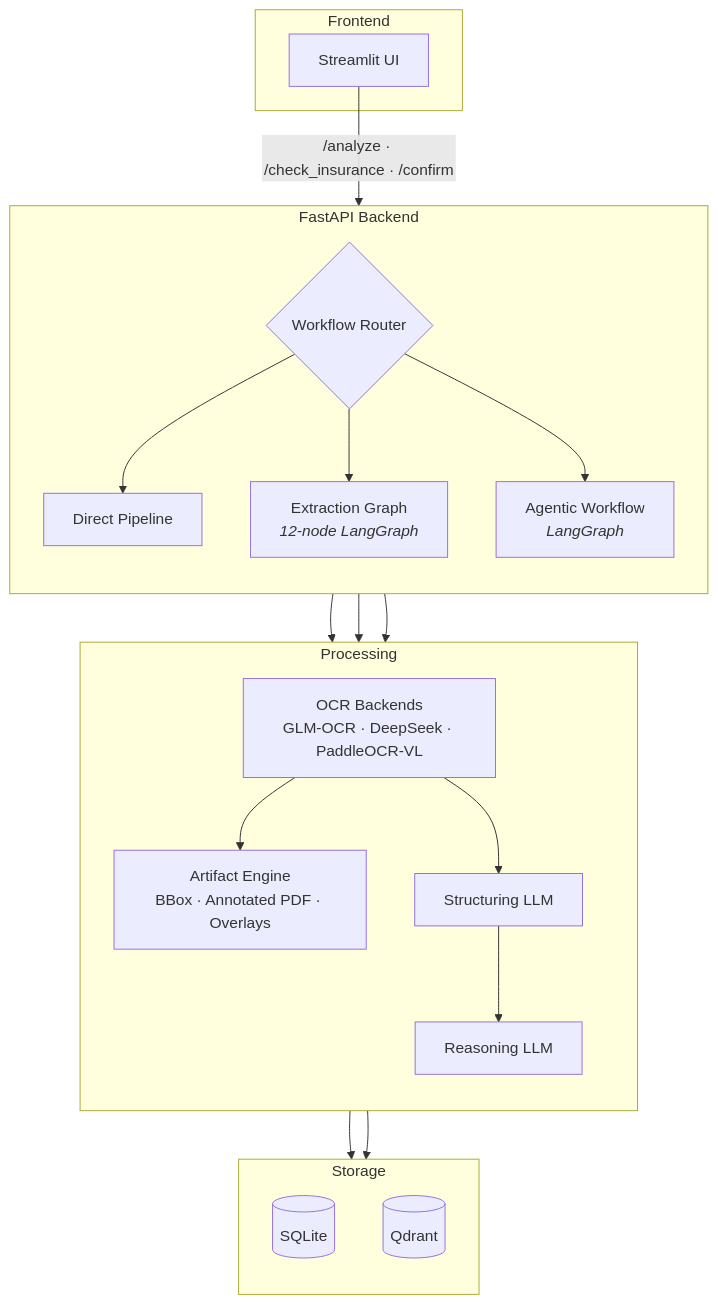
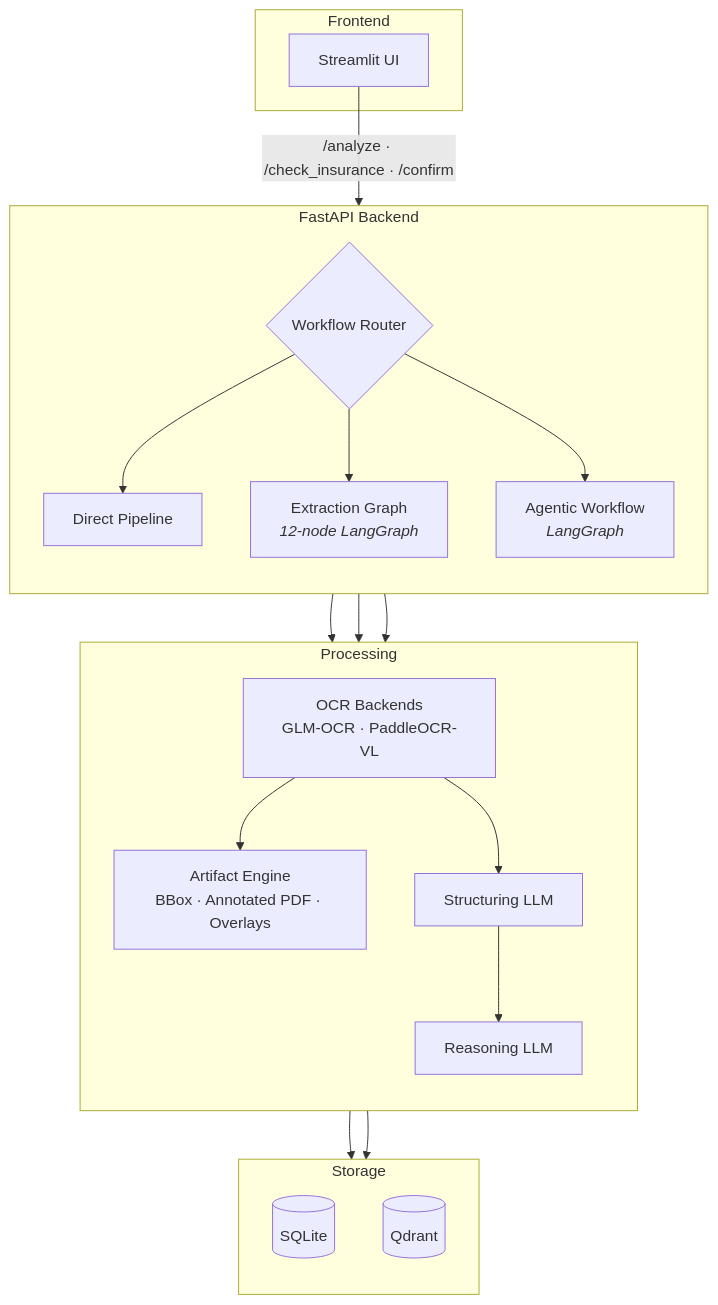
The diagram in README.md (pypi-ahmad/Clinical-Decision-Support-System), drawn with Mermaid before and after one commit. The commit also changed other lines of this file and 16 other files, not shown here.

````diff
--- a/README.md
+++ b/README.md
@@ -47,43 +47,43 @@
 ```mermaid
 flowchart TB
     subgraph Frontend
         UI[Streamlit UI]
     end
 
     subgraph API ["FastAPI Backend"]
         direction TB
         ROUTER{Workflow Router}
         DIRECT[Direct Pipeline]
         GRAPH[Extraction Graph<br/><i>12-node LangGraph</i>]
         AGENTIC[Agentic Workflow<br/><i>LangGraph</i>]
     end
 
     subgraph Processing
         direction TB
-        OCR[OCR Backends<br/>GLM-OCR &middot; DeepSeek &middot; PaddleOCR-VL]
+        OCR[OCR Backends<br/>GLM-OCR &middot; PaddleOCR-VL]
         STRUCT[Structuring LLM]
         REASON[Reasoning LLM]
         ART[Artifact Engine<br/>BBox &middot; Annotated PDF &middot; Overlays]
     end
 
     subgraph Storage
         direction TB
         SQLITE[(SQLite)]
         QDRANT[(Qdrant)]
     end
 
     UI -- "/analyze &middot; /check_insurance &middot; /confirm" --> ROUTER
     ROUTER --> DIRECT
     ROUTER --> GRAPH
     ROUTER --> AGENTIC
 
     DIRECT --> OCR
     GRAPH --> OCR
     AGENTIC --> OCR
 
     OCR --> ART
     OCR --> STRUCT --> REASON
 
     REASON --> SQLITE
     REASON --> QDRANT
 ```
````
